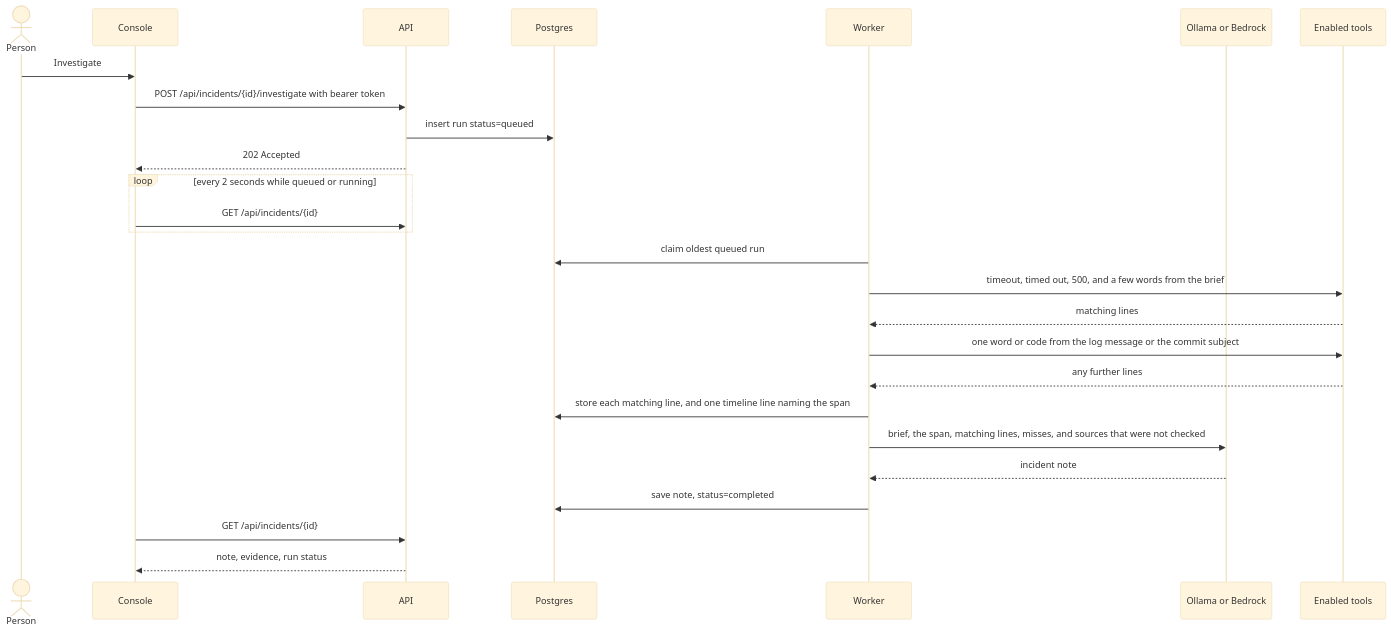
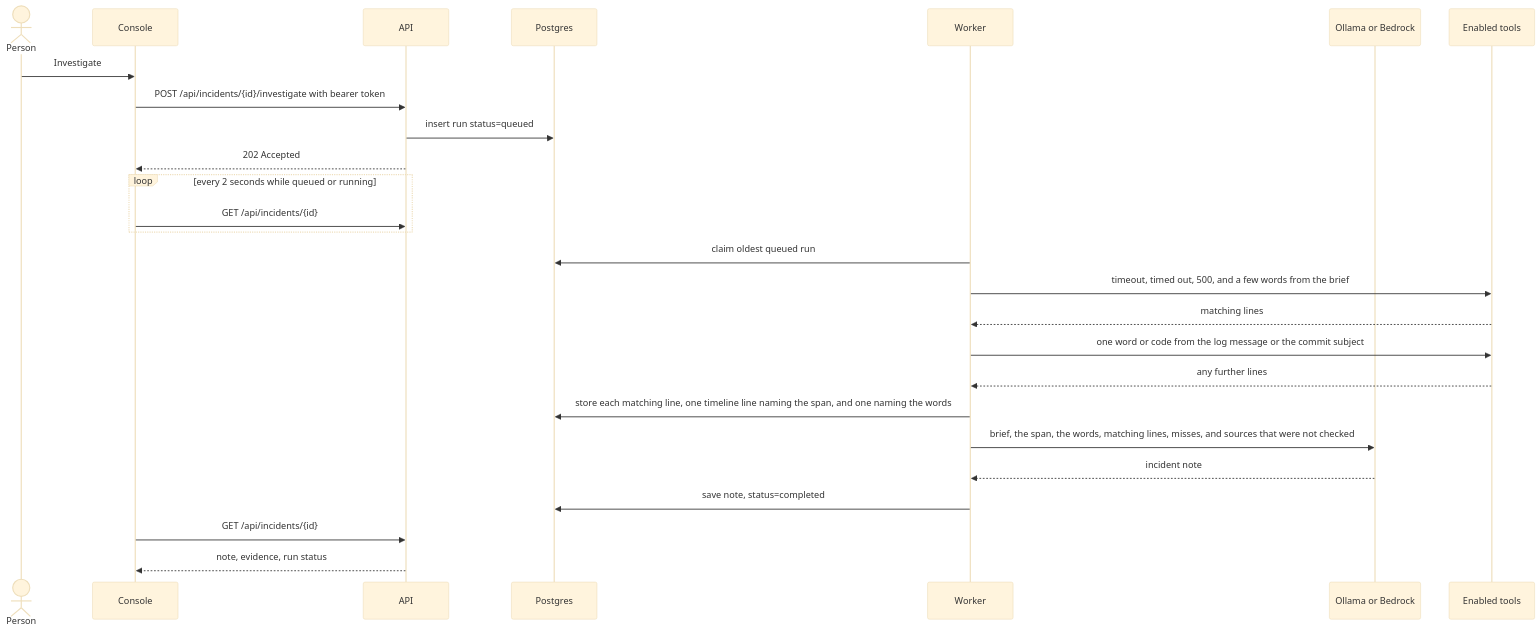
Before and after one commit to SaifulJnU/incident-investigation-agent: the third of 3 diagrams in prd/system-design.md, drawn with Mermaid (base theme). The commit also changed other lines of this file and 8 other files, not shown here.

````diff
--- a/prd/system-design.md
+++ b/prd/system-design.md
@@ -54,28 +54,28 @@
 ```mermaid
 sequenceDiagram
   actor Person
   participant Console
   participant API
   participant DB as Postgres
   participant Worker
   participant Model as Ollama or Bedrock
   participant Logs as Enabled tools
   Person->>Console: Investigate
   Console->>API: POST /api/incidents/{id}/investigate with bearer token
   API->>DB: insert run status=queued
   API-->>Console: 202 Accepted
   loop every 2 seconds while queued or running
     Console->>API: GET /api/incidents/{id}
   end
   Worker->>DB: claim oldest queued run
   Worker->>Logs: timeout, timed out, 500, and a few words from the brief
   Logs-->>Worker: matching lines
   Worker->>Logs: one word or code from the log message or the commit subject
   Logs-->>Worker: any further lines
-  Worker->>DB: store each matching line, and one timeline line naming the span
-  Worker->>Model: brief, the span, matching lines, misses, and sources that were not checked
+  Worker->>DB: store each matching line, one timeline line naming the span, and one naming the words
+  Worker->>Model: brief, the span, the words, matching lines, misses, and sources that were not checked
   Model-->>Worker: incident note
   Worker->>DB: save note, status=completed
   Console->>API: GET /api/incidents/{id}
   API-->>Console: note, evidence, run status
 ```
````
